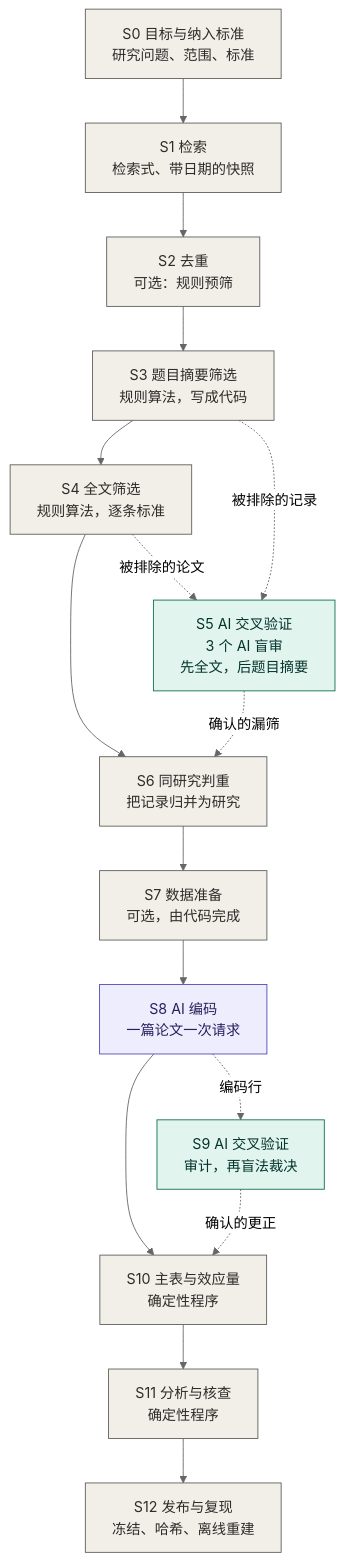
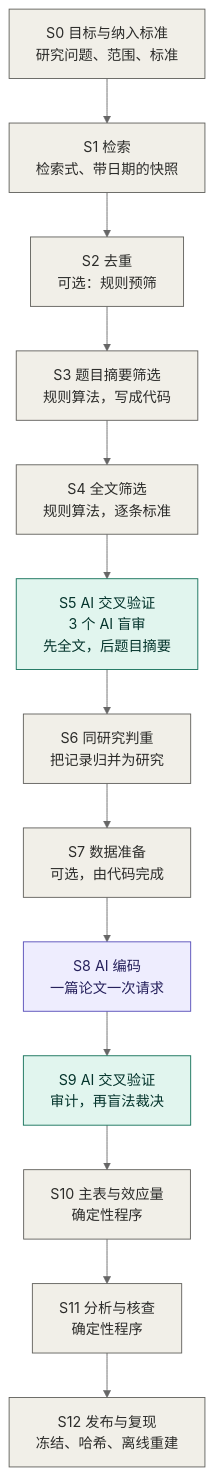
One commit to shanbuzaigao/raes changed the diagram in README.zh-CN.md. Above: the diagram before and after it, drawn with Mermaid (neutral theme). The commit also changed other lines of this file and 2 other files, not shown here.

Commit message:
Simplify the pipeline figure to a single chain

````diff
--- a/README.zh-CN.md
+++ b/README.zh-CN.md
@@ -21,30 +21,25 @@
 ```mermaid
 flowchart TD
     S0["S0 目标与纳入标准<br/>研究问题、范围、标准"]
     S1["S1 检索<br/>检索式、带日期的快照"]
     S2["S2 去重<br/>可选：规则预筛"]
     S3["S3 题目摘要筛选<br/>规则算法，写成代码"]
     S4["S4 全文筛选<br/>规则算法，逐条标准"]
     S5["S5 AI 交叉验证<br/>3 个 AI 盲审<br/>先全文，后题目摘要"]
     S6["S6 同研究判重<br/>把记录归并为研究"]
     S7["S7 数据准备<br/>可选，由代码完成"]
     S8["S8 AI 编码<br/>一篇论文一次请求"]
     S9["S9 AI 交叉验证<br/>审计，再盲法裁决"]
     S10["S10 主表与效应量<br/>确定性程序"]
     S11["S11 分析与核查<br/>确定性程序"]
     S12["S12 发布与复现<br/>冻结、哈希、离线重建"]
 
-    S0 --> S1 --> S2 --> S3 --> S4 --> S6 --> S7 --> S8 --> S10 --> S11 --> S12
-    S3 -. 被排除的记录 .-> S5
-    S4 -. 被排除的论文 .-> S5
-    S5 -. 确认的漏筛 .-> S6
-    S8 -. 编码行 .-> S9
-    S9 -. 确认的更正 .-> S10
+    S0 --> S1 --> S2 --> S3 --> S4 --> S5 --> S6 --> S7 --> S8 --> S9 --> S10 --> S11 --> S12
 
     classDef code fill:#F1EFE8,stroke:#5F5E5A,color:#2C2C2A
     classDef exec fill:#EEEDFE,stroke:#534AB7,color:#26215C
     classDef audit fill:#E1F5EE,stroke:#0F6E56,color:#04342C
     class S0,S1,S2,S3,S4,S6,S7,S10,S11,S12 code
     class S8 exec
     class S5,S9 audit
 ```
````
